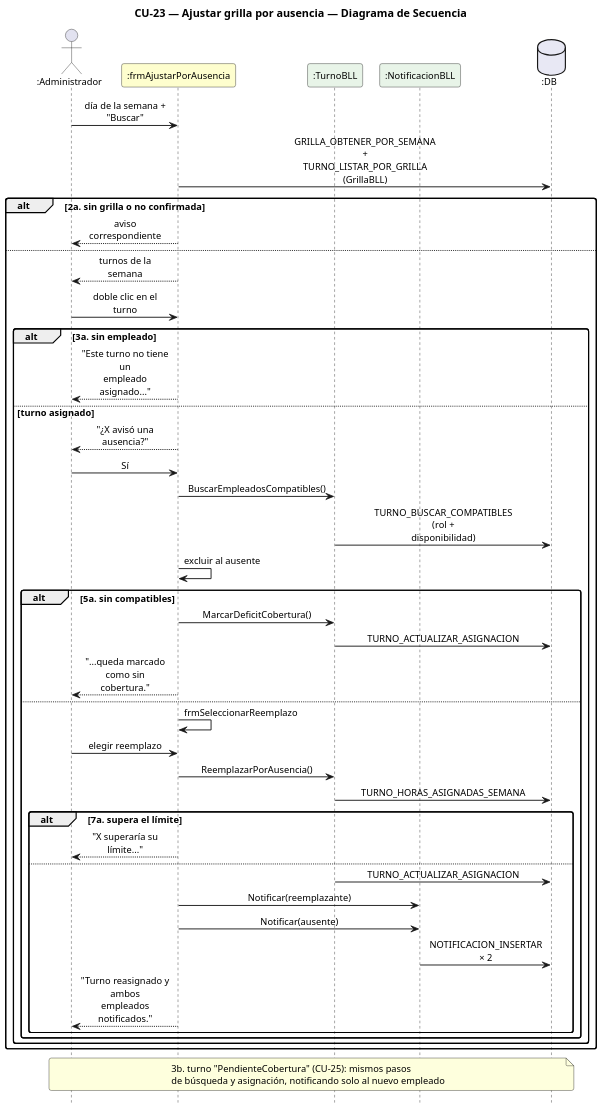
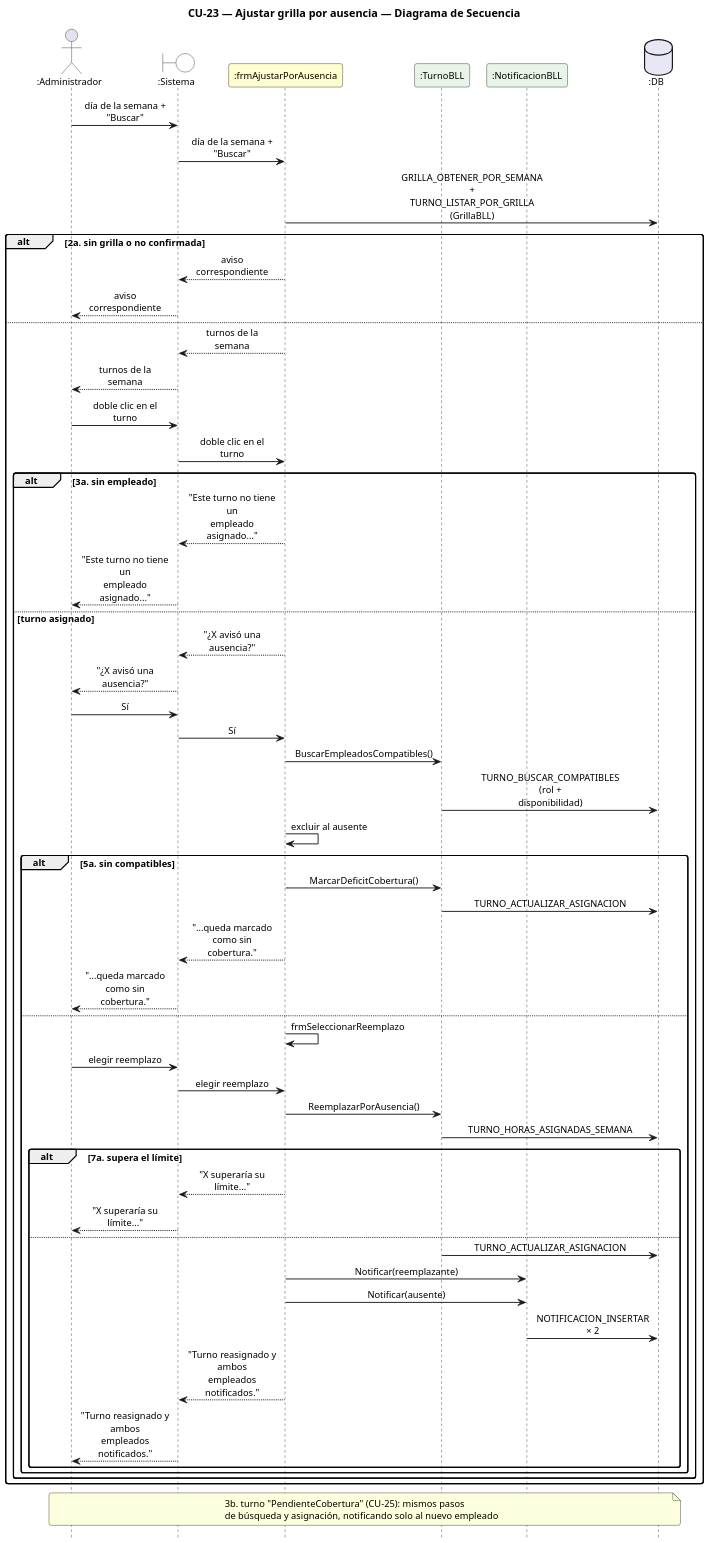
One commit to Urrels/ingenieria_software changed the diagram in DIAGRAMAS/DiagramaSecuencia_CU23_AjustarGrillaAusencia.puml. Above: the diagram before and after it, drawn with PlantUML. The commit also changed 78 other files, not shown here.

First line of the commit message:
Diagramas de secuencia: carril :Sistema entre el actor y las clases

```diff
--- a/DIAGRAMAS/DiagramaSecuencia_CU23_AjustarGrillaAusencia.puml
+++ b/DIAGRAMAS/DiagramaSecuencia_CU23_AjustarGrillaAusencia.puml
@@ -1,60 +1,72 @@
 @startuml DiagramaSecuencia_CU23_AjustarGrillaAusencia
 
 title CU-23 — Ajustar grilla por ausencia — Diagrama de Secuencia
 
 skinparam shadowing false
 skinparam roundcorner 6
 skinparam sequenceArrowThickness 1.2
 skinparam ParticipantPadding 6
 skinparam BoxPadding 4
 skinparam maxMessageSize 115
 skinparam sequenceMessageAlign center
 skinparam defaultFontSize 12
 skinparam dpi 140
 hide footbox
 
 actor ":Administrador" as A
+boundary ":Sistema" as SYS #FFFFFF
 participant ":frmAjustarPorAusencia" as F #FEFECE
 participant ":TurnoBLL" as T #E8F4E8
 participant ":NotificacionBLL" as N #E8F4E8
 database ":DB" as DB #E8E8F4
 
-A -> F : día de la semana + "Buscar"
+A -> SYS : día de la semana + "Buscar"
+SYS -> F : día de la semana + "Buscar"
 F -> DB : GRILLA_OBTENER_POR_SEMANA\n+ TURNO_LISTAR_POR_GRILLA\n(GrillaBLL)
 alt 2a. sin grilla o no confirmada
-  F --> A : aviso correspondiente
+  F --> SYS : aviso correspondiente
+  SYS --> A : aviso correspondiente
 else
-  F --> A : turnos de la semana
-  A -> F : doble clic en el turno
+  F --> SYS : turnos de la semana
+  SYS --> A : turnos de la semana
+  A -> SYS : doble clic en el turno
+  SYS -> F : doble clic en el turno
   alt 3a. sin empleado
-    F --> A : "Este turno no tiene un\nempleado asignado..."
+    F --> SYS : "Este turno no tiene un\nempleado asignado..."
+    SYS --> A : "Este turno no tiene un\nempleado asignado..."
   else turno asignado
-    F --> A : "¿X avisó una ausencia?"
-    A -> F : Sí
+    F --> SYS : "¿X avisó una ausencia?"
+    SYS --> A : "¿X avisó una ausencia?"
+    A -> SYS : Sí
+    SYS -> F : Sí
     F -> T : BuscarEmpleadosCompatibles()
     T -> DB : TURNO_BUSCAR_COMPATIBLES\n(rol + disponibilidad)
     F -> F : excluir al ausente
     alt 5a. sin compatibles
       F -> T : MarcarDeficitCobertura()
       T -> DB : TURNO_ACTUALIZAR_ASIGNACION
-      F --> A : "...queda marcado\ncomo sin cobertura."
+      F --> SYS : "...queda marcado\ncomo sin cobertura."
+      SYS --> A : "...queda marcado\ncomo sin cobertura."
     else
       F -> F : frmSeleccionarReemplazo
-      A -> F : elegir reemplazo
+      A -> SYS : elegir reemplazo
+      SYS -> F : elegir reemplazo
       F -> T : ReemplazarPorAusencia()
       T -> DB : TURNO_HORAS_ASIGNADAS_SEMANA
       alt 7a. supera el límite
-        F --> A : "X superaría su límite..."
+        F --> SYS : "X superaría su límite..."
+        SYS --> A : "X superaría su límite..."
       else
         T -> DB : TURNO_ACTUALIZAR_ASIGNACION
         F -> N : Notificar(reemplazante)
         F -> N : Notificar(ausente)
         N -> DB : NOTIFICACION_INSERTAR × 2
-        F --> A : "Turno reasignado y ambos\nempleados notificados."
+        F --> SYS : "Turno reasignado y ambos\nempleados notificados."
+        SYS --> A : "Turno reasignado y ambos\nempleados notificados."
       end
     end
   end
 end
 note over A, DB : 3b. turno "PendienteCobertura" (CU-25): mismos pasos\nde búsqueda y asignación, notificando solo al nuevo empleado
 
 @enduml
```
